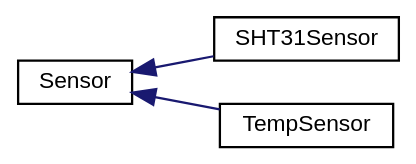
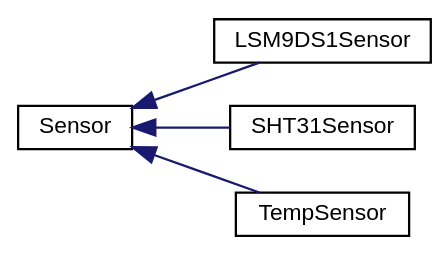
Before and after one commit to ASU-ASCEND/Fall-2024: the diagram in docs/inherit_graph_0.dot, drawn with Graphviz. The commit also changed 56 other files, not shown here.

```diff
--- a/docs/inherit_graph_0.dot
+++ b/docs/inherit_graph_0.dot
@@ -1,14 +1,16 @@
 digraph "Graphical Class Hierarchy"
 {
  // INTERACTIVE_SVG=YES
  // LATEX_PDF_SIZE
   bgcolor="transparent";
   edge [fontname="Helvetica",fontsize="10",labelfontname="Helvetica",labelfontsize="10"];
   node [fontname="Helvetica",fontsize="10",shape=record];
   rankdir="LR";
   Node0 [label="Sensor",height=0.2,width=0.4,color="black",URL="$classSensor.html",tooltip="Parent class for sensor objects."];
   Node0 -> Node1 [dir="back",color="midnightblue",fontsize="10",style="solid",fontname="Helvetica"];
-  Node1 [label="SHT31Sensor",height=0.2,width=0.4,color="black",URL="$classSHT31Sensor.html",tooltip="Interfaces with SHT31 Sensor to collect temperature and humidity data."];
+  Node1 [label="LSM9DS1Sensor",height=0.2,width=0.4,color="black",URL="$classLSM9DS1Sensor.html",tooltip=" "];
   Node0 -> Node2 [dir="back",color="midnightblue",fontsize="10",style="solid",fontname="Helvetica"];
-  Node2 [label="TempSensor",height=0.2,width=0.4,color="black",URL="$classTempSensor.html",tooltip="Implementation of a Sensor for the onboard temperature sensor."];
+  Node2 [label="SHT31Sensor",height=0.2,width=0.4,color="black",URL="$classSHT31Sensor.html",tooltip="Interfaces with SHT31 Sensor to collect temperature and humidity data."];
+  Node0 -> Node3 [dir="back",color="midnightblue",fontsize="10",style="solid",fontname="Helvetica"];
+  Node3 [label="TempSensor",height=0.2,width=0.4,color="black",URL="$classTempSensor.html",tooltip="Implementation of a Sensor for the onboard temperature sensor."];
 }
```
